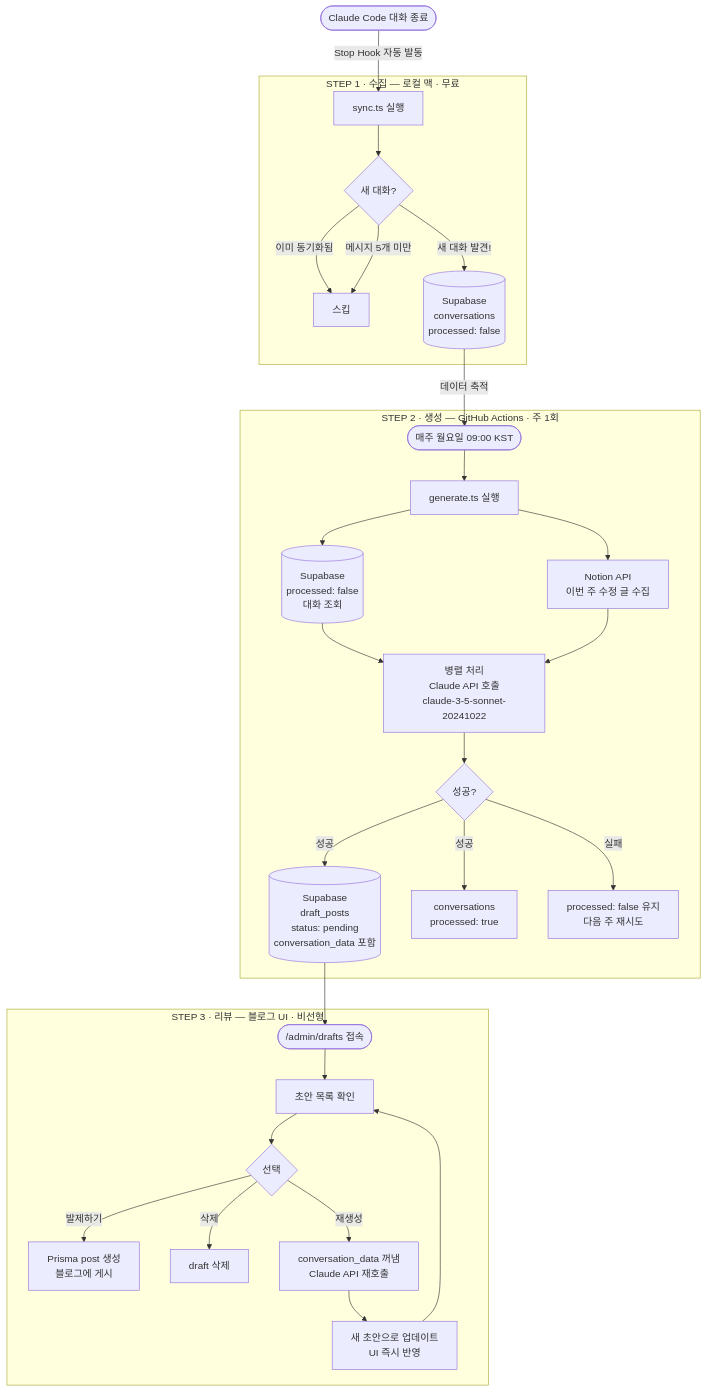
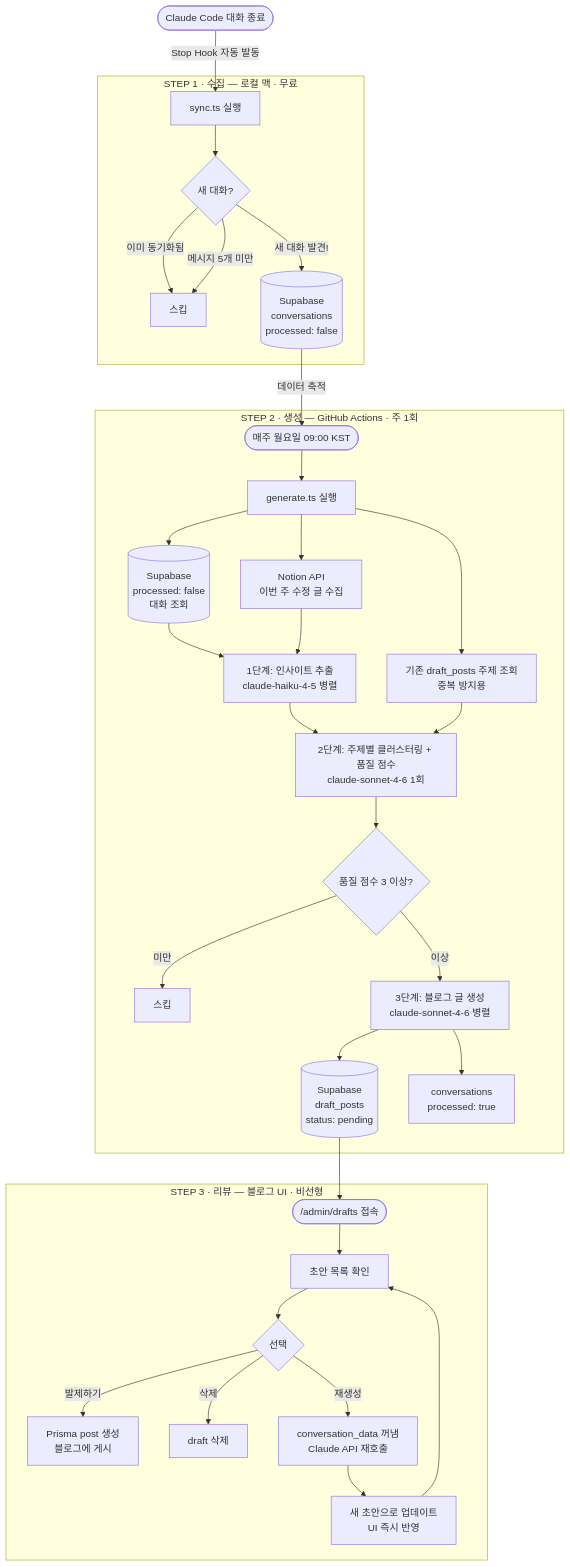
The first of 4 diagrams in README.md (hov-i/auto-blog-posting), drawn with Mermaid before and after one commit. The commit also changed other lines of this file and 6 other files, not shown here.

````diff
--- a/README.md
+++ b/README.md
@@ -9,40 +9,44 @@
 ```mermaid
 flowchart TD
     A([Claude Code 대화 종료]) -->|Stop Hook 자동 발동| B
 
     subgraph STEP1["STEP 1 · 수집 — 로컬 맥 · 무료"]
         B[sync.ts 실행]
         B --> C{새 대화?}
         C -->|이미 동기화됨| D[스킵]
         C -->|메시지 5개 미만| D
         C -->|새 대화 발견!| E[(Supabase\nconversations\nprocessed: false)]
     end
 
     E -->|데이터 축적| F
 
     subgraph STEP2["STEP 2 · 생성 — GitHub Actions · 주 1회"]
         F([매주 월요일 09:00 KST])
         F --> G[generate.ts 실행]
+        G --> G1[기존 draft_posts 주제 조회\n중복 방지용]
         G --> H[(Supabase\nprocessed: false\n대화 조회)]
         G --> I[Notion API\n이번 주 수정 글 수집]
-        H --> J["병렬 처리\nClaude API 호출\nclaude-3-5-sonnet-20241022"]
+        H --> J["1단계: 인사이트 추출\nclaude-haiku-4-5 병렬"]
         I --> J
-        J --> K{성공?}
-        K -->|성공| L[(Supabase\ndraft_posts\nstatus: pending\nconversation_data 포함)]
-        K -->|성공| M[conversations\nprocessed: true]
-        K -->|실패| N[processed: false 유지\n다음 주 재시도]
+        J --> K["2단계: 주제별 클러스터링 + 품질 점수\nclaude-sonnet-4-6 1회"]
+        G1 --> K
+        K --> K2{품질 점수 3 이상?}
+        K2 -->|미만| D2[스킵]
+        K2 -->|이상| L["3단계: 블로그 글 생성\nclaude-sonnet-4-6 병렬"]
+        L --> M[(Supabase\ndraft_posts\nstatus: pending)]
+        L --> N[conversations\nprocessed: true]
     end
 
-    L --> O
+    M --> O
 
     subgraph STEP3["STEP 3 · 리뷰 — 블로그 UI · 비선형"]
         O([/admin/drafts 접속])
         O --> P[초안 목록 확인]
         P --> Q{선택}
         Q -->|발제하기| R[Prisma post 생성\n블로그에 게시]
         Q -->|삭제| S[draft 삭제]
         Q -->|재생성| T[conversation_data 꺼냄\nClaude API 재호출]
         T --> U[새 초안으로 업데이트\nUI 즉시 반영]
         U --> P
     end
 ```
````
